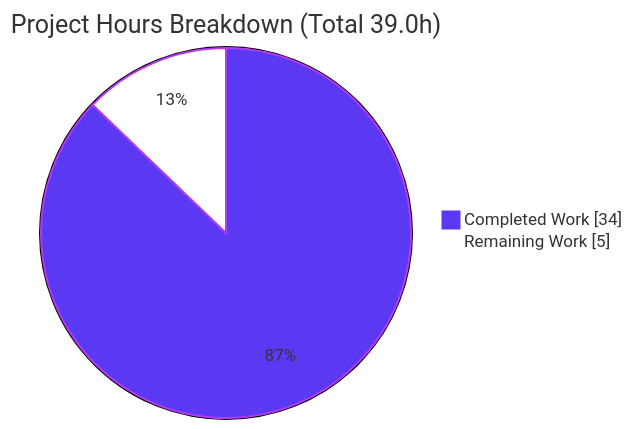
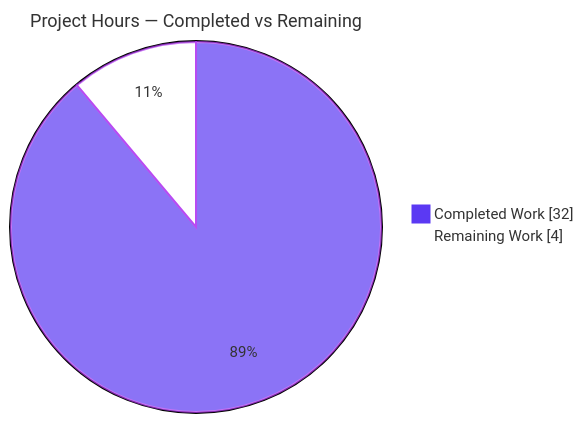
The second of 3 diagrams in blitzy/documentation/Project Guide.md (alex-blitzy-test/hot-stuff), drawn with Mermaid before and after one commit. The commit also changed other lines of this file, not shown here.

Commit message:
Adding Blitzy Project Guide: Project Status and Human Tasks Remaining

````diff
--- a/blitzy/documentation/Project Guide.md
+++ b/blitzy/documentation/Project Guide.md
@@ -196,7 +210,6 @@
 ```mermaid
-%%{init: {'theme':'base', 'themeVariables': {'pie1':'#5B39F3','pie2':'#FFFFFF','pieStrokeColor':'#B23AF2','pieStrokeWidth':'2px','pieOpacity':'1'}}}%%
-pie showData
-    title Project Hours Breakdown (Total 39.0h)
-    "Completed Work" : 34
-    "Remaining Work" : 5
+%%{init: {'theme':'base', 'themeVariables': {'pie1':'#5B39F3','pie2':'#FFFFFF','pieStrokeColor':'#B23AF2','pieStrokeWidth':'2px','pieOuterStrokeWidth':'2px','pieTitleTextSize':'18px','pieSectionTextSize':'15px','pieLegendTextSize':'15px'}}}%%
+pie showData title Project Hours — Completed vs Remaining
+    "Completed Work" : 32
+    "Remaining Work" : 4
 ```
````
